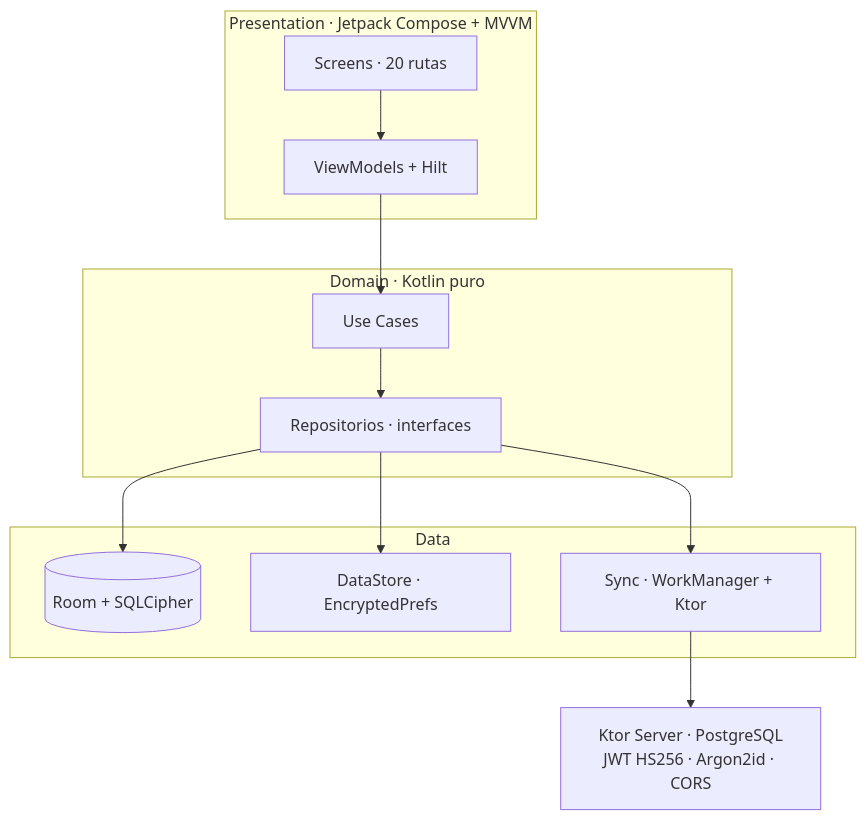
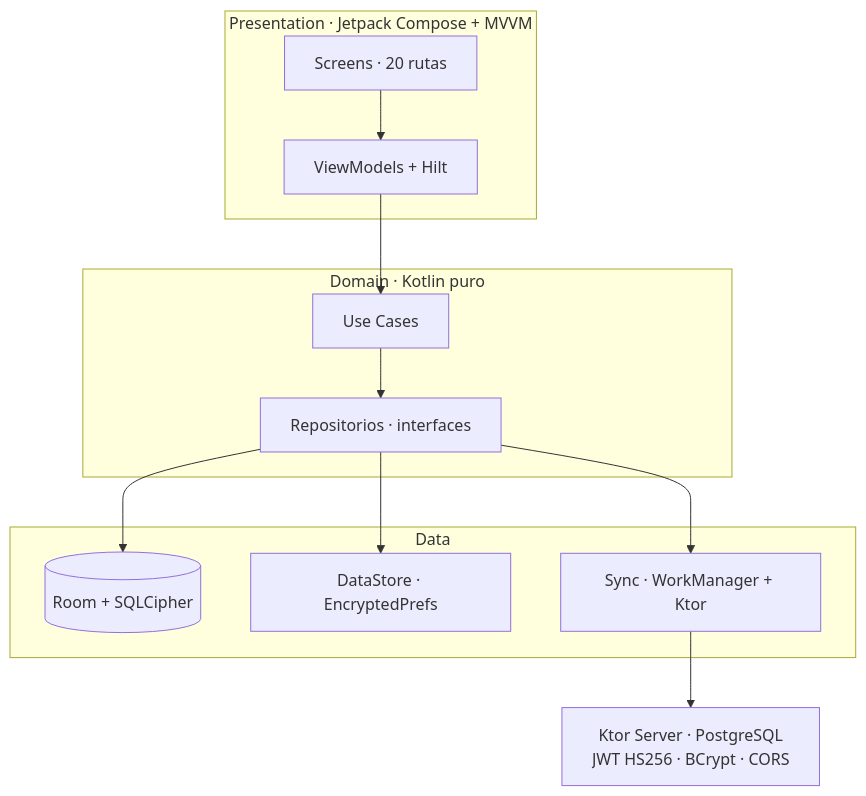
One commit to DeepZixSoul/fireflow changed the diagram in README.md. Above: the diagram before and after it, drawn with Mermaid. The commit also changed other lines of this file and 5 other files, not shown here.

````diff
--- a/README.md
+++ b/README.md
@@ -168,25 +168,25 @@
 ```mermaid
 flowchart TB
     subgraph P["Presentation · Jetpack Compose + MVVM"]
         Screens["Screens · 20 rutas"]
         ViewModels["ViewModels + Hilt"]
         Screens --> ViewModels
     end
     subgraph D["Domain · Kotlin puro"]
         UseCases["Use Cases"]
         Repos["Repositorios · interfaces"]
         UseCases --> Repos
     end
     subgraph DA["Data"]
         Room[("Room + SQLCipher")]
         Prefs["DataStore · EncryptedPrefs"]
         Sync["Sync · WorkManager + Ktor"]
     end
-    Server["Ktor Server · PostgreSQL<br/>JWT HS256 · Argon2id · CORS"]
+    Server["Ktor Server · PostgreSQL<br/>JWT HS256 · BCrypt · CORS"]
 
     ViewModels --> UseCases
     Repos --> Room
     Repos --> Prefs
     Repos --> Sync
     Sync --> Server
 ```
````
